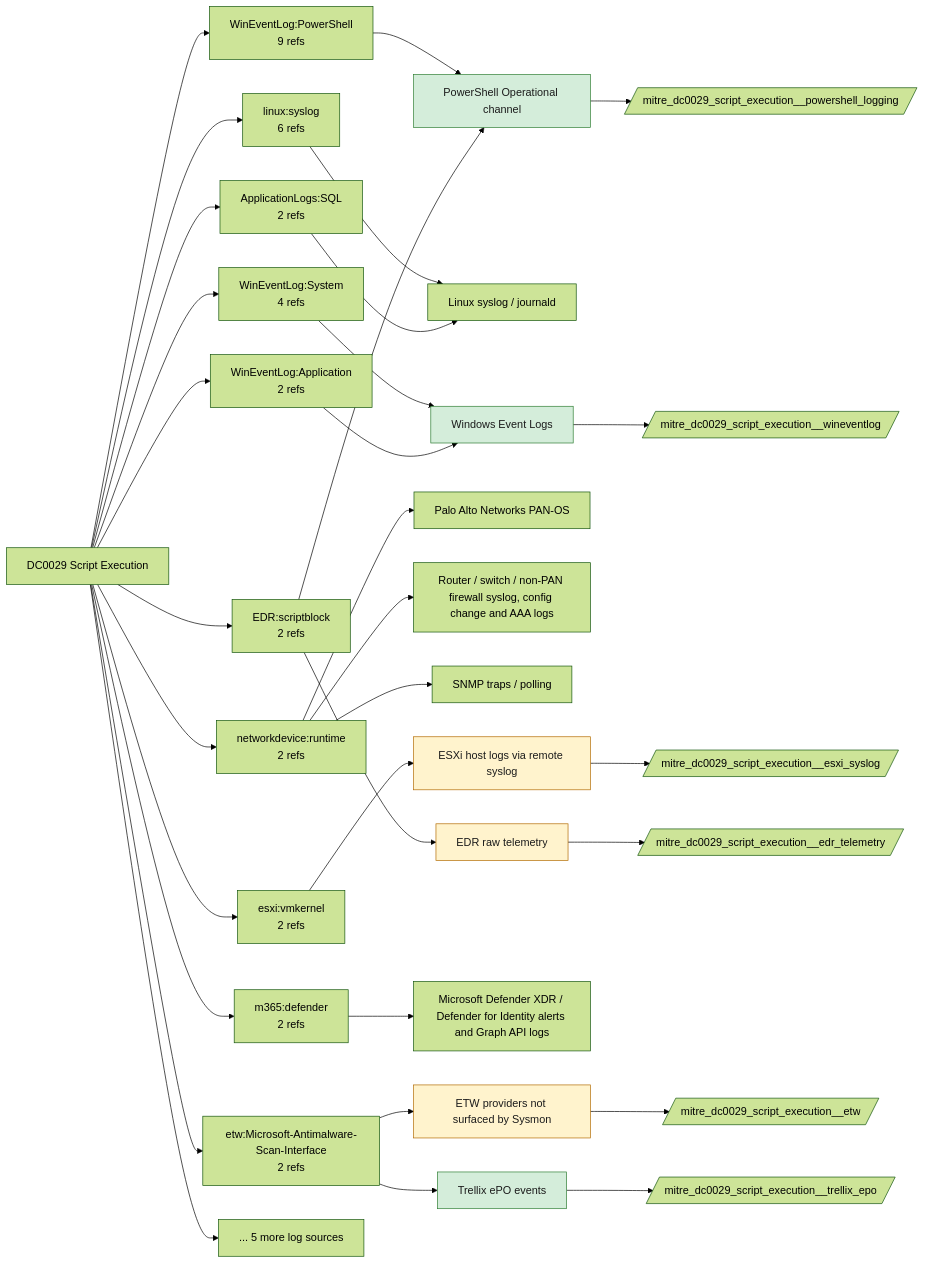
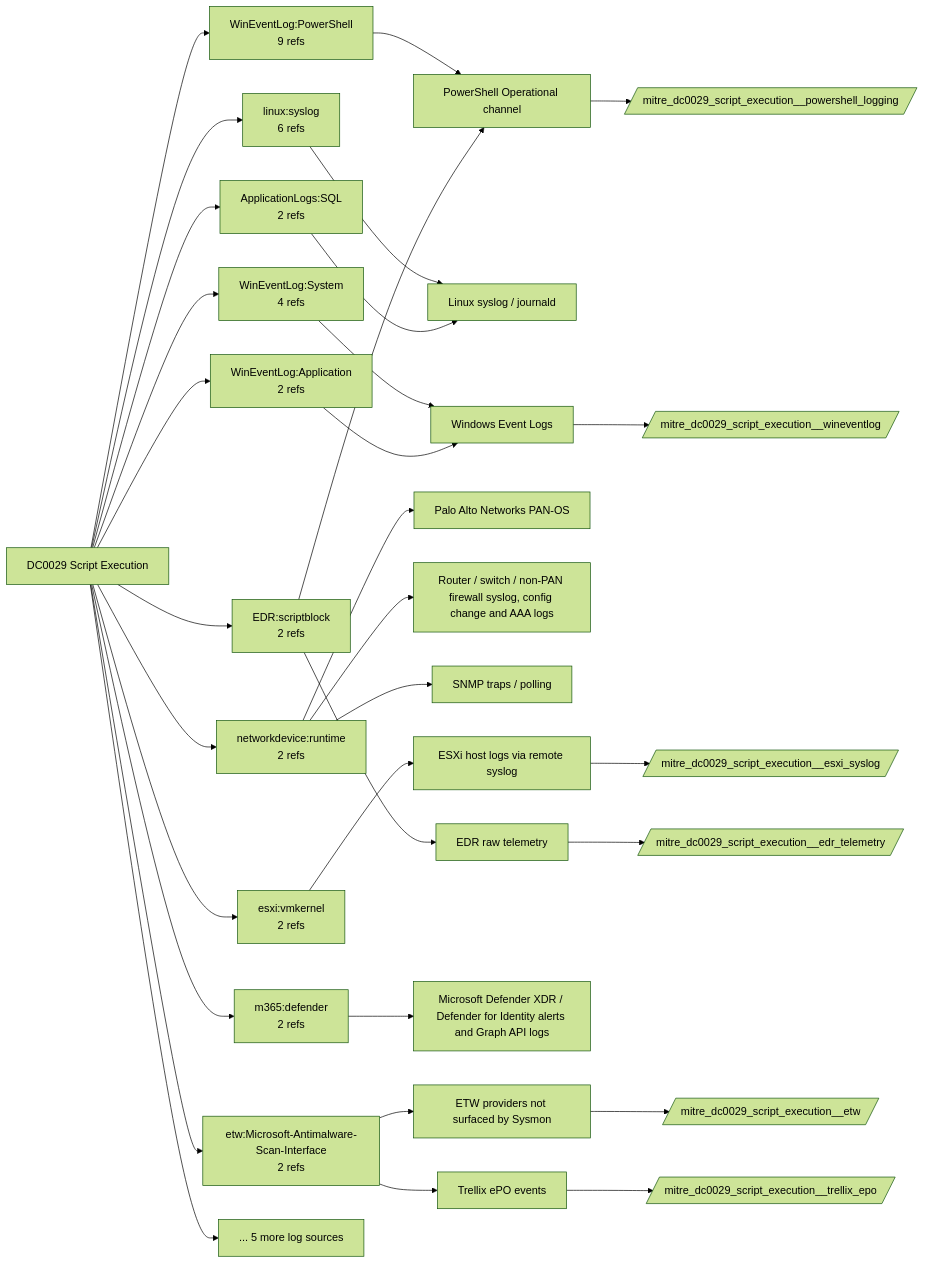
The diagram in docs/data-components/DC0029-script-execution.md (dev-nobytes-io/mitre-defensive-mappings-spl), drawn with Mermaid (forest theme) before and after one commit. The commit also changed other lines of this file and 366 other files, not shown here.

````diff
--- a/docs/data-components/DC0029-script-execution.md
+++ b/docs/data-components/DC0029-script-execution.md
@@ -19,54 +19,46 @@
 ```mermaid
 flowchart LR
   DC["DC0029 Script Execution"]
   DC --> LS0["WinEventLog:PowerShell<br/>9 refs"]
   F_powershell_logging["PowerShell Operational channel"]
   LS0 --> F_powershell_logging
   DC --> LS1["linux:syslog<br/>6 refs"]
   F_linux_syslog["Linux syslog / journald"]
   LS1 --> F_linux_syslog
   DC --> LS2["WinEventLog:System<br/>4 refs"]
   F_wineventlog["Windows Event Logs"]
   LS2 --> F_wineventlog
   DC --> LS3["networkdevice:runtime<br/>2 refs"]
   F_palo_alto["Palo Alto Networks PAN-OS"]
   LS3 --> F_palo_alto
   F_netdev_syslog["Router / switch / non-PAN firewall syslog, config change and AAA logs"]
   LS3 --> F_netdev_syslog
   F_snmp["SNMP traps / polling"]
   LS3 --> F_snmp
   DC --> LS4["esxi:vmkernel<br/>2 refs"]
   F_esxi_syslog["ESXi host logs via remote syslog"]
   LS4 --> F_esxi_syslog
   DC --> LS5["WinEventLog:Application<br/>2 refs"]
   LS5 --> F_wineventlog
   DC --> LS6["ApplicationLogs:SQL<br/>2 refs"]
   LS6 --> F_linux_syslog
   DC --> LS7["EDR:scriptblock<br/>2 refs"]
   LS7 --> F_powershell_logging
   F_edr_telemetry["EDR raw telemetry"]
   LS7 --> F_edr_telemetry
   DC --> LS8["m365:defender<br/>2 refs"]
   F_m365_defender["Microsoft Defender XDR / Defender for Identity alerts and Graph API logs"]
   LS8 --> F_m365_defender
   DC --> LS9["etw:Microsoft-Antimalware-Scan-Interface<br/>2 refs"]
   F_etw["ETW providers not surfaced by Sysmon"]
   LS9 --> F_etw
   F_trellix_epo["Trellix ePO events"]
   LS9 --> F_trellix_epo
   DC --> MORE["... 5 more log sources"]
+  F_edr_telemetry --> ET_edr_telemetry[/"mitre_dc0029_script_execution__edr_telemetry"/]
+  F_esxi_syslog --> ET_esxi_syslog[/"mitre_dc0029_script_execution__esxi_syslog"/]
+  F_etw --> ET_etw[/"mitre_dc0029_script_execution__etw"/]
   F_powershell_logging --> ET_powershell_logging[/"mitre_dc0029_script_execution__powershell_logging"/]
-  class F_powershell_logging live
   F_trellix_epo --> ET_trellix_epo[/"mitre_dc0029_script_execution__trellix_epo"/]
-  class F_trellix_epo live
   F_wineventlog --> ET_wineventlog[/"mitre_dc0029_script_execution__wineventlog"/]
-  class F_wineventlog live
-  F_edr_telemetry --> ET_edr_telemetry[/"mitre_dc0029_script_execution__edr_telemetry"/]
-  class F_edr_telemetry ready
-  F_esxi_syslog --> ET_esxi_syslog[/"mitre_dc0029_script_execution__esxi_syslog"/]
-  class F_esxi_syslog ready
-  F_etw --> ET_etw[/"mitre_dc0029_script_execution__etw"/]
-  class F_etw ready
-  classDef live fill:#d4edda,stroke:#2e7d32,color:#1b1b1b
-  classDef ready fill:#fff3cd,stroke:#b26a00,color:#1b1b1b
 ```
````
